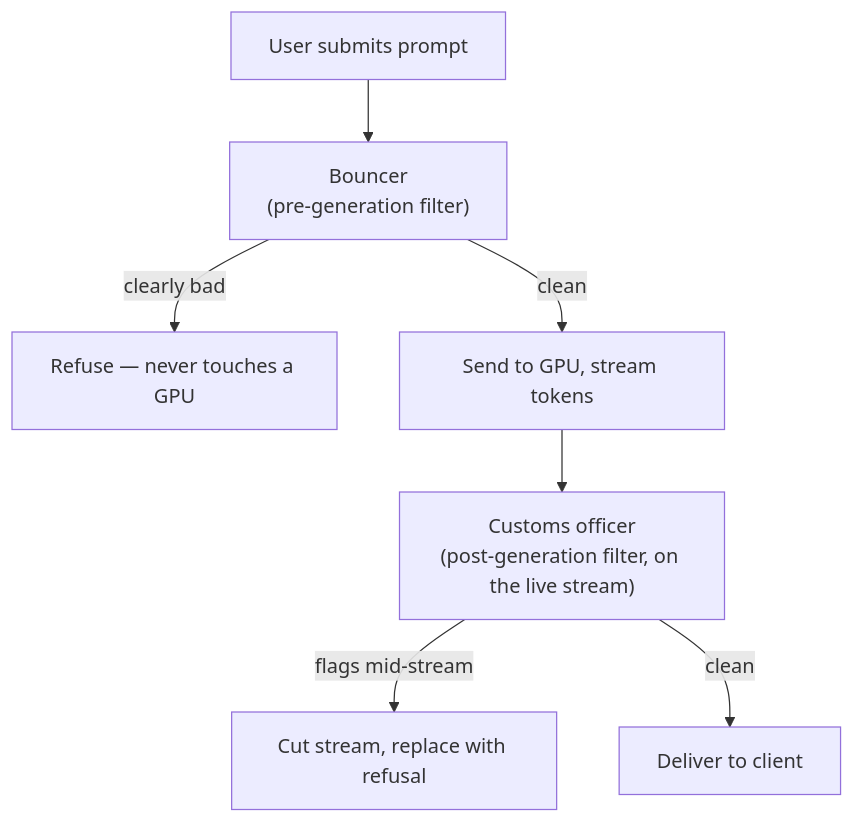
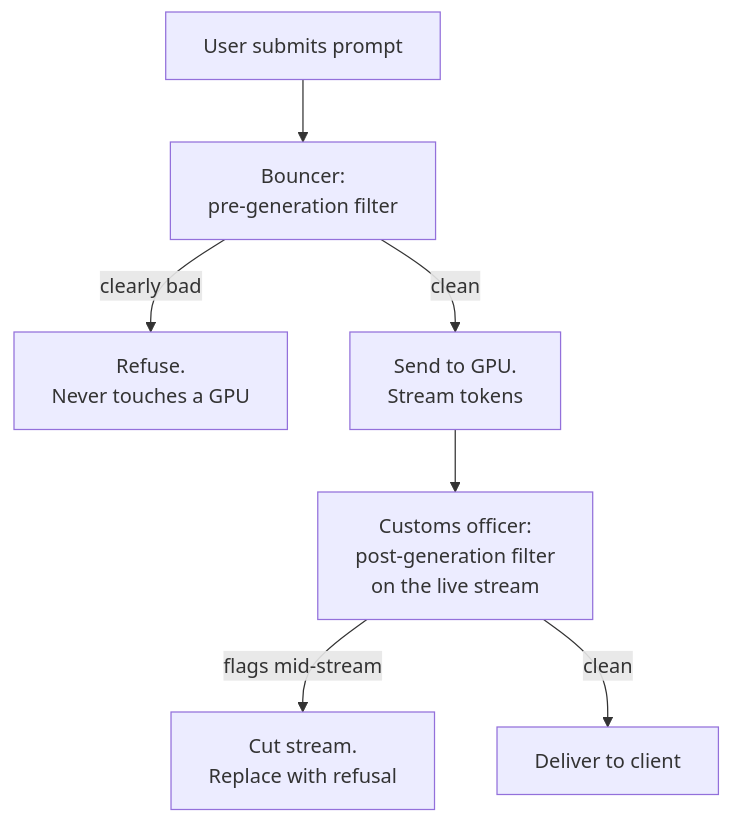
Before and after one commit to riyaz-pasha/Learnings: the eighth of 13 diagrams in system-design/HLD/0-course/42-Design-a-ChatGPT-System-FAANG-Guide-story.md, drawn with Mermaid. The commit also changed other lines of this file and 1 other file, not shown here.

Commit message:
[REWRITE] ChatGPT System story guide: simplify prose, add structure, fix diagrams

````diff
--- a/system-design/HLD/0-course/42-Design-a-ChatGPT-System-FAANG-Guide-story.md
+++ b/system-design/HLD/0-course/42-Design-a-ChatGPT-System-FAANG-Guide-story.md
@@ -204,9 +453,9 @@
 ```mermaid
 flowchart TD
-    U[User submits prompt] --> Bouncer["Bouncer<br/>(pre-generation filter)"]
-    Bouncer -->|"clearly bad"| Block["Refuse — never touches a GPU"]
-    Bouncer -->|clean| Gen[Send to GPU, stream tokens]
-    Gen --> Customs["Customs officer<br/>(post-generation filter, on the live stream)"]
-    Customs -->|"flags mid-stream"| Cut["Cut stream, replace with refusal"]
-    Customs -->|clean| Deliver[Deliver to client]
+    U["User submits prompt"] --> Bouncer["Bouncer:<br/>pre-generation filter"]
+    Bouncer -->|"clearly bad"| Block["Refuse.<br/>Never touches a GPU"]
+    Bouncer -->|"clean"| Gen["Send to GPU.<br/>Stream tokens"]
+    Gen --> Customs["Customs officer:<br/>post-generation filter<br/>on the live stream"]
+    Customs -->|"flags mid-stream"| Cut["Cut stream.<br/>Replace with refusal"]
+    Customs -->|"clean"| Deliver["Deliver to client"]
 ```
````
